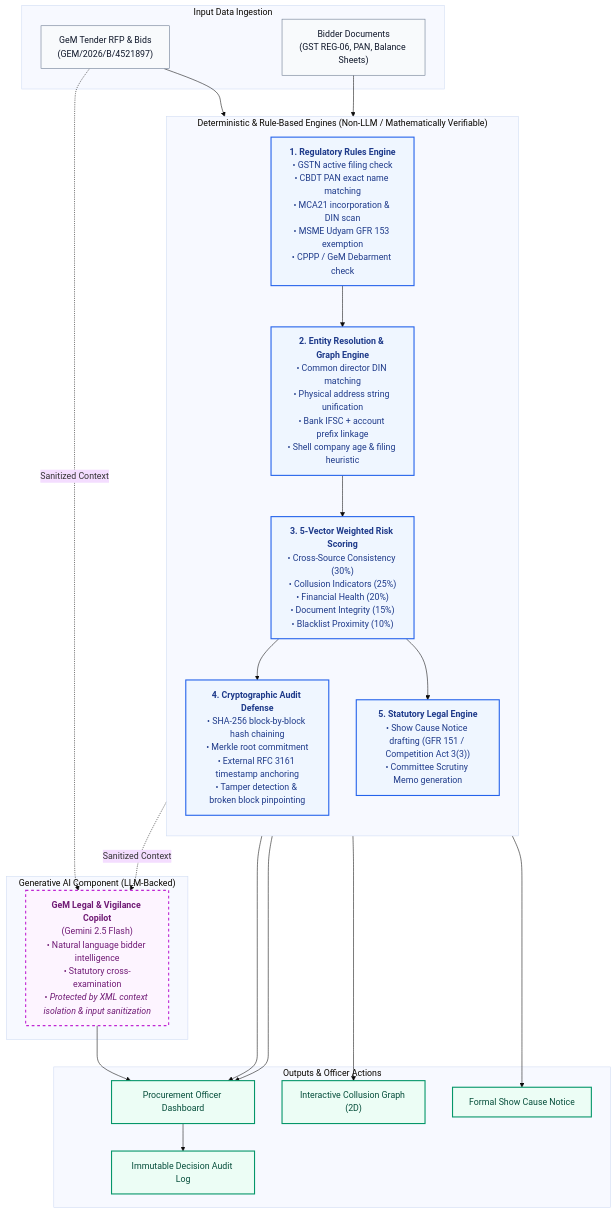
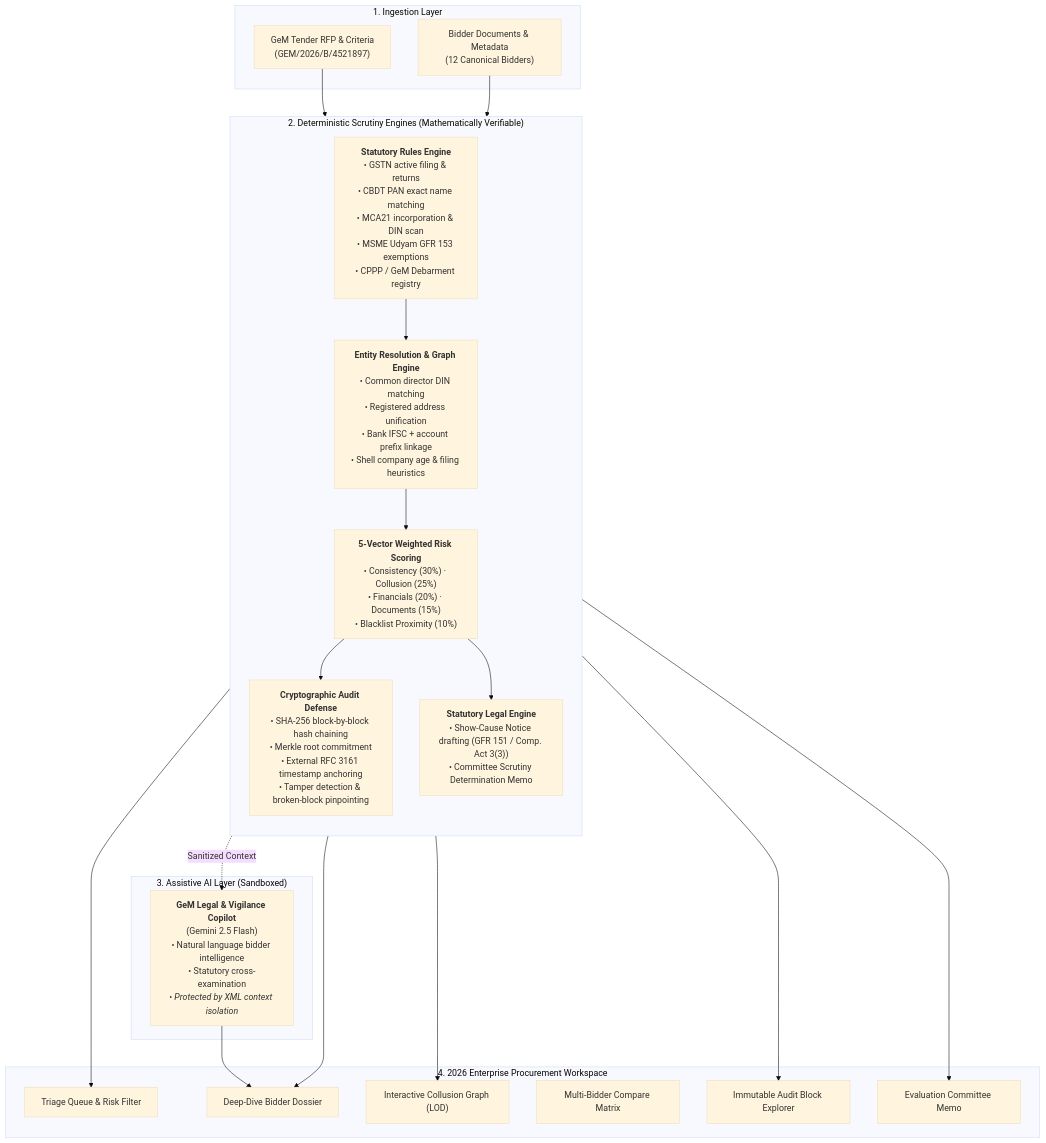
One commit to vishalsingh1907/AUTH-BID-v2 changed the diagram in README.md. Above: the diagram before and after it, drawn with Mermaid (base theme). The commit also changed other lines of this file and 231 other files, not shown here.

````diff
--- a/README.md
+++ b/README.md
@@ -39,58 +62,49 @@
 ```mermaid
 graph TD
-    subgraph INGESTION["Input Data Ingestion"]
-        Tender["GeM Tender RFP & Bids<br/>(GEM/2026/B/4521897)"]
-        BidderDocs["Bidder Documents<br/>(GST REG-06, PAN, Balance Sheets)"]
+    subgraph INGESTION["1. Ingestion Layer"]
+        Tender["GeM Tender RFP & Criteria<br/>(GEM/2026/B/4521897)"]
+        BidderDocs["Bidder Documents & Metadata<br/>(12 Canonical Bidders)"]
     end
 
-    subgraph DETERMINISTIC["Deterministic & Rule-Based Engines (Non-LLM / Mathematically Verifiable)"]
+    subgraph DETERMINISTIC["2. Deterministic Scrutiny Engines (Mathematically Verifiable)"]
         direction TB
-        RegEngine["<b>1. Regulatory Rules Engine</b><br/>• GSTN active filing check<br/>• CBDT PAN exact name matching<br/>• MCA21 incorporation & DIN scan<br/>• MSME Udyam GFR 153 exemption<br/>• CPPP / GeM Debarment check"]
+        RegEngine["<b>Statutory Rules Engine</b><br/>• GSTN active filing & returns<br/>• CBDT PAN exact name matching<br/>• MCA21 incorporation & DIN scan<br/>• MSME Udyam GFR 153 exemptions<br/>• CPPP / GeM Debarment registry"]
         
-        EntityRes["<b>2. Entity Resolution & Graph Engine</b><br/>• Common director DIN matching<br/>• Physical address string unification<br/>• Bank IFSC + account prefix linkage<br/>• Shell company age & filing heuristic"]
+        EntityRes["<b>Entity Resolution & Graph Engine</b><br/>• Common director DIN matching<br/>• Registered address unification<br/>• Bank IFSC + account prefix linkage<br/>• Shell company age & filing heuristics"]
         
-        RiskEngine["<b>3. 5-Vector Weighted Risk Scoring</b><br/>• Cross-Source Consistency (30%)<br/>• Collusion Indicators (25%)<br/>• Financial Health (20%)<br/>• Document Integrity (15%)<br/>• Blacklist Proximity (10%)"]
+        RiskEngine["<b>5-Vector Weighted Risk Scoring</b><br/>• Consistency (30%) · Collusion (25%)<br/>• Financials (20%) · Documents (15%)<br/>• Blacklist Proximity (10%)"]
         
-        AuditChain["<b>4. Cryptographic Audit Defense</b><br/>• SHA-256 block-by-block hash chaining<br/>• Merkle root commitment<br/>• External RFC 3161 timestamp anchoring<br/>• Tamper detection & broken block pinpointing"]
+        AuditChain["<b>Cryptographic Audit Defense</b><br/>• SHA-256 block-by-block hash chaining<br/>• Merkle root commitment<br/>• External RFC 3161 timestamp anchoring<br/>• Tamper detection & broken-block pinpointing"]
         
-        LegalTemplates["<b>5. Statutory Legal Engine</b><br/>• Show Cause Notice drafting (GFR 151 / Competition Act 3(3))<br/>• Committee Scrutiny Memo generation"]
+        LegalTemplates["<b>Statutory Legal Engine</b><br/>• Show-Cause Notice drafting (GFR 151 / Comp. Act 3(3))<br/>• Committee Scrutiny Determination Memo"]
     end
 
-    subgraph GENERATIVE["Generative AI Component (LLM-Backed)"]
-        Copilot["<b>GeM Legal & Vigilance Copilot</b><br/>(Gemini 2.5 Flash)<br/>• Natural language bidder intelligence<br/>• Statutory cross-examination<br/>• <i>Protected by XML context isolation & input sanitization</i>"]
+    subgraph ASSISTIVE["3. Assistive AI Layer (Sandboxed)"]
+        Copilot["<b>GeM Legal & Vigilance Copilot</b><br/>(Gemini 2.5 Flash)<br/>• Natural language bidder intelligence<br/>• Statutory cross-examination<br/>• <i>Protected by XML context isolation</i>"]
     end
 
-    subgraph OUTPUTS["Outputs & Officer Actions"]
-        Dash["Procurement Officer Dashboard"]
-        CollusionGraph["Interactive Collusion Graph (2D)"]
-        SCN["Formal Show Cause Notice"]
-        DecisionLog["Immutable Decision Audit Log"]
+    subgraph WORKSPACE["4. 2026 Enterprise Procurement Workspace"]
+        Triage["Triage Queue & Risk Filter"]
+        Dossier["Deep-Dive Bidder Dossier"]
+        GraphUI["Interactive Collusion Graph (LOD)"]
+        Compare["Multi-Bidder Compare Matrix"]
+        AuditUI["Immutable Audit Block Explorer"]
+        ReportUI["Evaluation Committee Memo"]
     end
 
     Tender --> RegEngine
     BidderDocs --> RegEngine
     RegEngine --> EntityRes
     EntityRes --> RiskEngine
     RiskEngine --> AuditChain
     RiskEngine --> LegalTemplates
 
-    AuditChain --> Dash
-    EntityRes --> CollusionGraph
-    LegalTemplates --> SCN
-    RiskEngine --> Dash
-    Dash --> DecisionLog
+    RiskEngine --> Triage
+    RiskEngine --> Dossier
+    EntityRes --> GraphUI
+    AuditChain --> AuditUI
+    LegalTemplates --> ReportUI
 
     RiskEngine -. Sanitized Context .-> Copilot
-    Tender -. Sanitized Context .-> Copilot
-    Copilot --> Dash
-
-    classDef deterministic fill:#eff6ff,stroke:#2563eb,stroke-width:2px,color:#1e3a8a;
-    classDef generative fill:#fdf4ff,stroke:#c026d3,stroke-width:2px,stroke-dasharray: 5 5,color:#701a75;
-    classDef inputs fill:#f8fafc,stroke:#64748b,stroke-width:1px,color:#0f172a;
-    classDef outputs fill:#ecfdf5,stroke:#059669,stroke-width:2px,color:#064e3b;
-
-    class RegEngine,EntityRes,RiskEngine,AuditChain,LegalTemplates deterministic;
-    class Copilot generative;
-    class Tender,BidderDocs inputs;
-    class Dash,CollusionGraph,SCN,DecisionLog outputs;
+    Copilot --> Dossier
 ```
````
